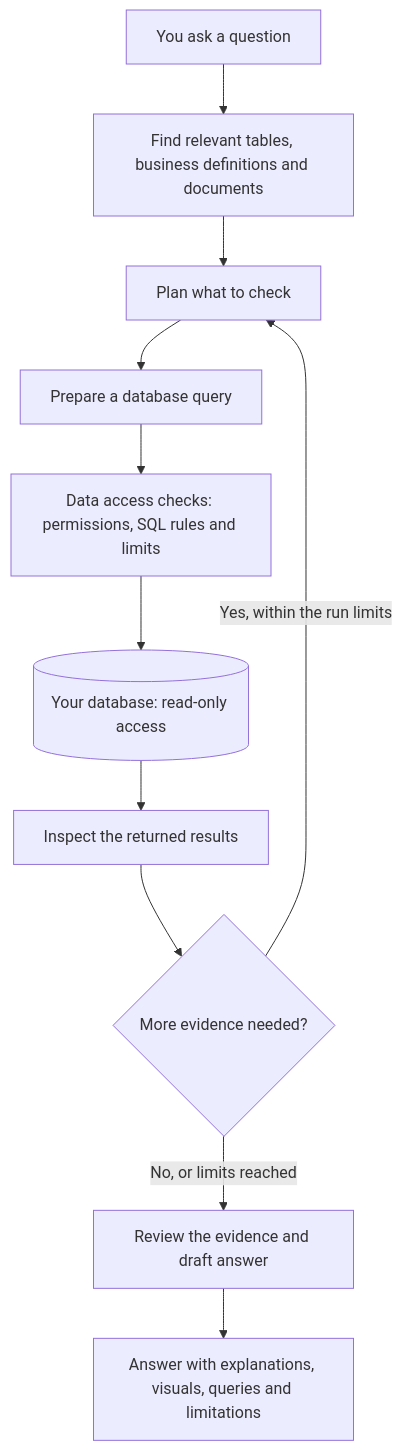
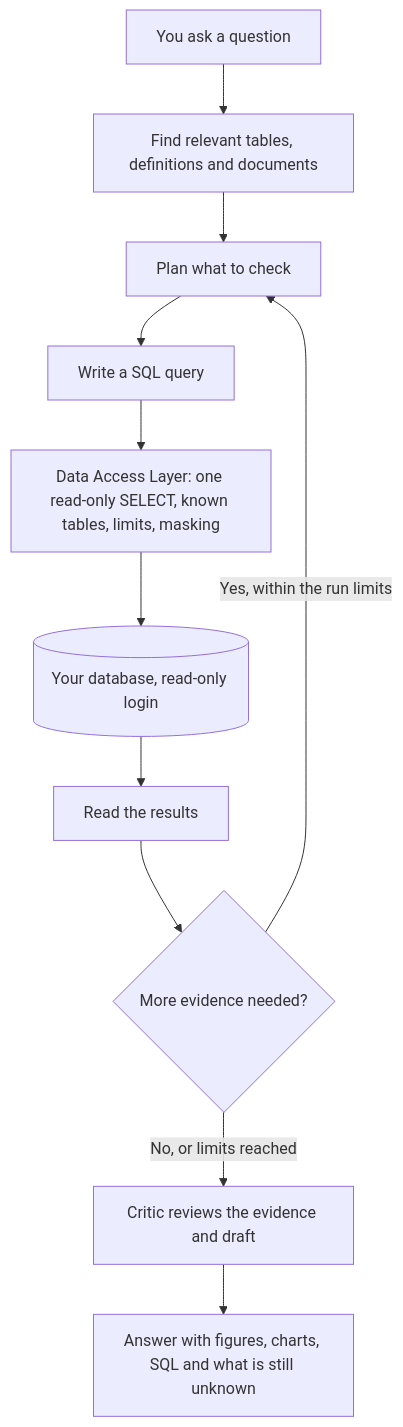
Before and after one commit to 50ur48h/Charie: the diagram in README.md, drawn with Mermaid. The commit also changed other lines of this file and 1 other file, not shown here.

````diff
--- a/README.md
+++ b/README.md
@@ -47,13 +228,13 @@
 ```mermaid
 flowchart TD
-    Q["You ask a question"] --> C["Find relevant tables, business definitions and documents"]
+    Q["You ask a question"] --> C["Find relevant tables, definitions and documents"]
     C --> P["Plan what to check"]
-    P --> S["Prepare a database query"]
-    S --> G["Data access checks: permissions, SQL rules and limits"]
-    G --> D[("Your database: read-only access")]
-    D --> R["Inspect the returned results"]
+    P --> S["Write a SQL query"]
+    S --> G["Data Access Layer: one read-only SELECT, known tables, limits, masking"]
+    G --> D[("Your database, read-only login")]
+    D --> R["Read the results"]
     R --> E{"More evidence needed?"}
     E -- "Yes, within the run limits" --> P
-    E -- "No, or limits reached" --> V["Review the evidence and draft answer"]
-    V --> A["Answer with explanations, visuals, queries and limitations"]
+    E -- "No, or limits reached" --> V["Critic reviews the evidence and draft"]
+    V --> A["Answer with figures, charts, SQL and what is still unknown"]
 ```
````
